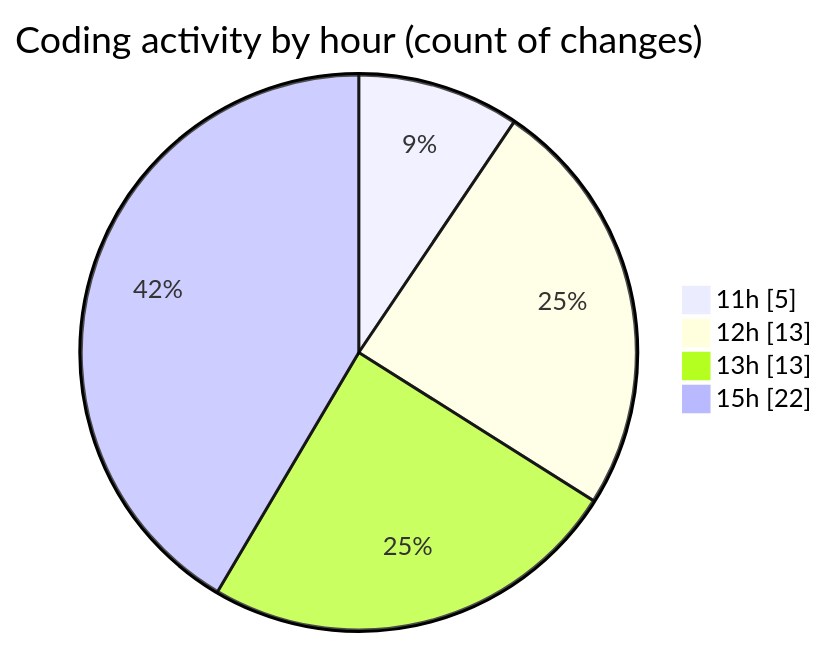
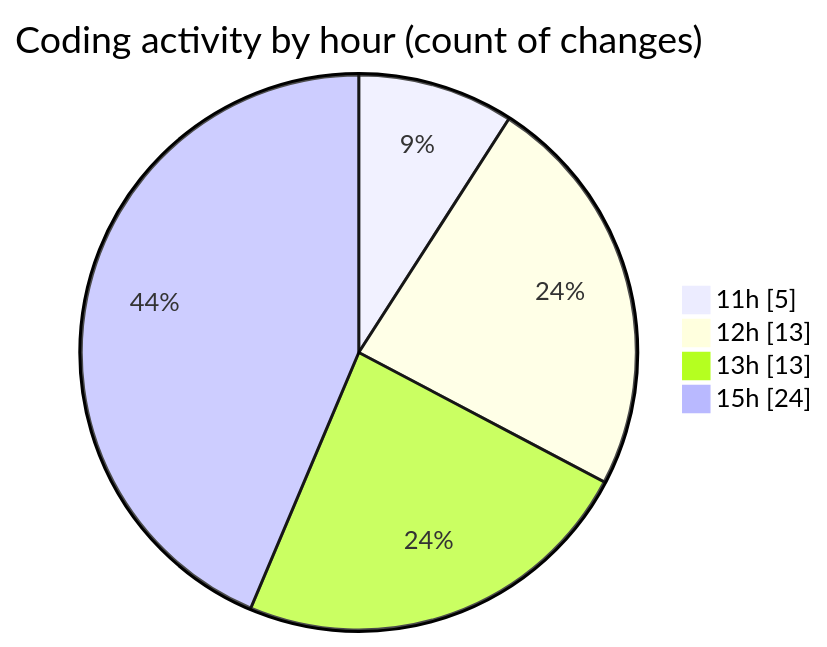
The second of 2 diagrams in 2025-08-06/nxtqube_webapp/README.md (nxtqubesakshisongat/code-tracking), drawn with Mermaid before and after one commit. The commit also changed other lines of this file and 1 other file, not shown here.

````diff
--- a/2025-08-06/nxtqube_webapp/README.md
+++ b/2025-08-06/nxtqube_webapp/README.md
@@ -39,8 +39,8 @@
 ```mermaid
 pie showData
 title Coding activity by hour (count of changes)
 "11h" : 5
 "12h" : 13
 "13h" : 13
-"15h" : 22
+"15h" : 24
 ```
````
